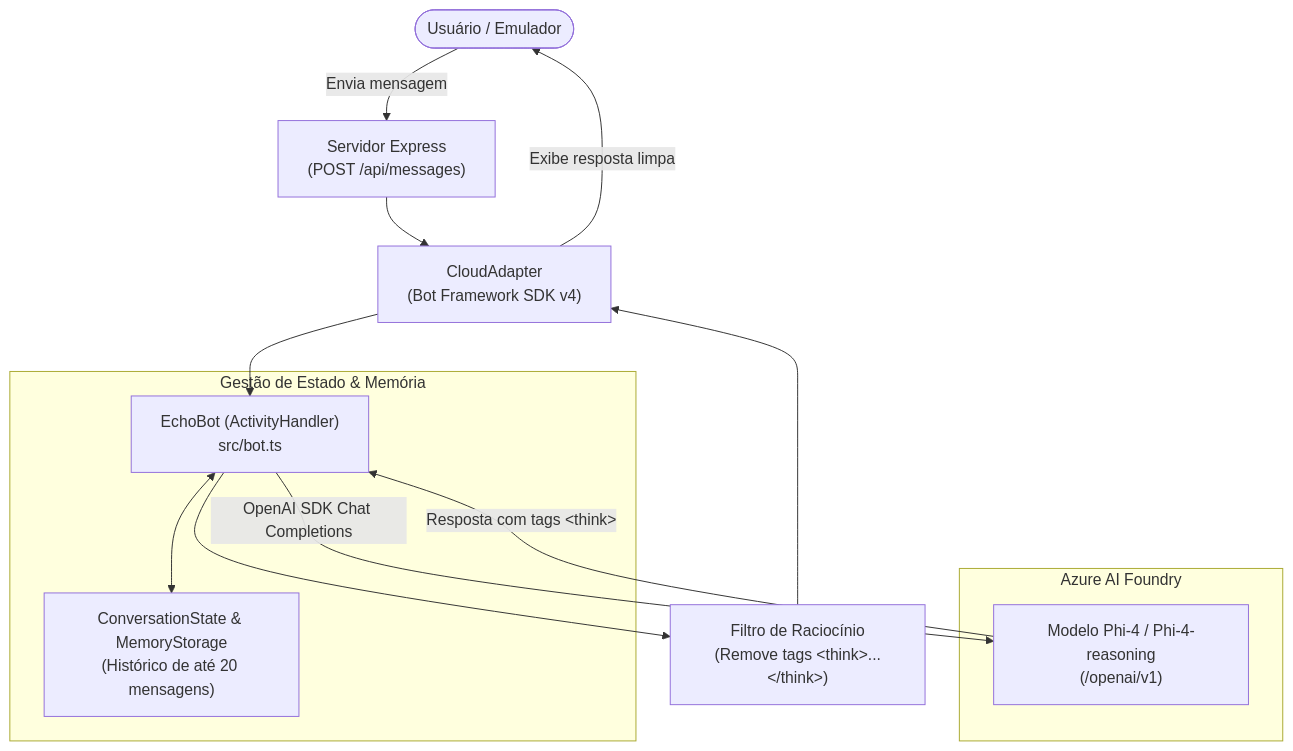
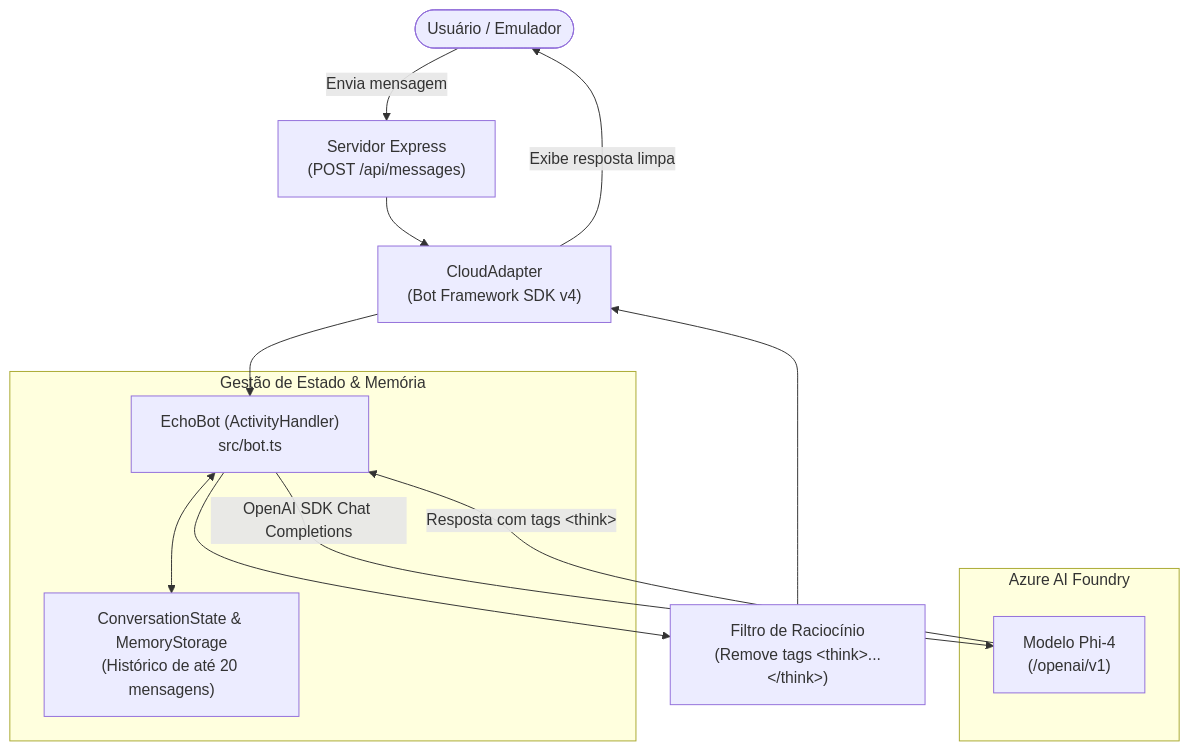
The diagram in README.md (guilherme-ro/chatbot-typescript), drawn with Mermaid before and after one commit.

Commit message:
Fix OpenAI SDK Chat Completions model reference

````diff
--- a/README.md
+++ b/README.md
@@ -29,19 +29,19 @@
 ```mermaid
 flowchart TD
     User([Usuário / Emulador]) -->|Envia mensagem| Express["Servidor Express\n(POST /api/messages)"]
     Express --> Adapter["CloudAdapter\n(Bot Framework SDK v4)"]
     Adapter --> Bot["EchoBot (ActivityHandler)\nsrc/bot.ts"]
     
     subgraph GestaoEstado ["Gestão de Estado & Memória"]
         Bot <--> State["ConversationState & MemoryStorage\n(Histórico de até 20 mensagens)"]
     end
     
     subgraph AzureAI ["Azure AI Foundry"]
-        Bot -->|OpenAI SDK Chat Completions| Phi["Modelo Phi-4 / Phi-4-reasoning\n(/openai/v1)"]
+        Bot -->|OpenAI SDK Chat Completions| Phi["Modelo Phi-4\n(/openai/v1)"]
         Phi -->|Resposta com tags &lt;think&gt;| Bot
     end
     
     Bot --> Sanitizer["Filtro de Raciocínio\n(Remove tags &lt;think&gt;...&lt;/think&gt;)"]
     Sanitizer --> Adapter
     Adapter -->|Exibe resposta limpa| User
 ```
````
